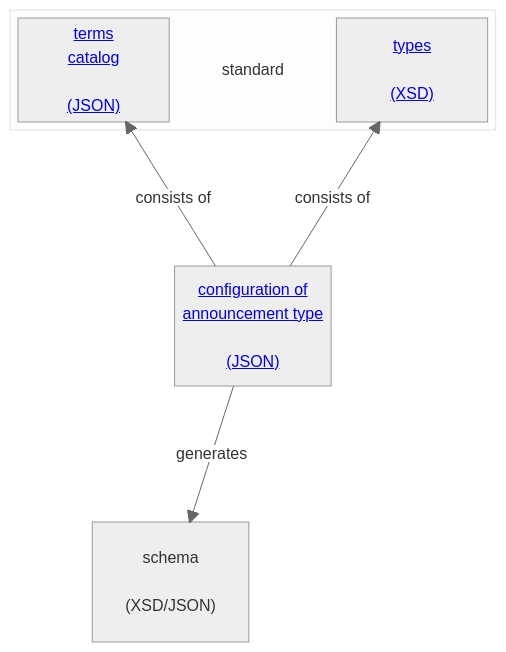
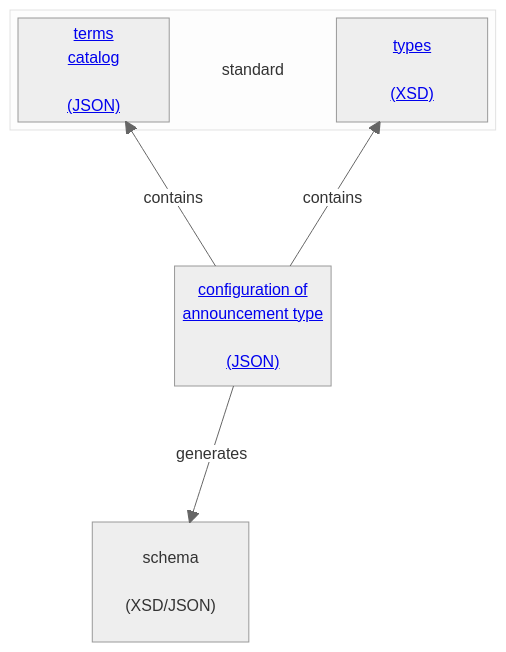
The first of 2 diagrams in README.md (officialgazette/announcement-model), drawn with Mermaid before and after one commit. The commit also changed other lines of this file, not shown here.

````diff
--- a/README.md
+++ b/README.md
@@ -3,41 +3,41 @@
 ```mermaid
 
 %%{
   init: {
     'theme': 'neutral'
   }
 }%%
 
 block-beta
 columns 3
 
 block:scope["standard"]:6
 
 terms["<a href='https://github.com/officialgazette/announcement/blob/main/catalog.json'>terms
 catalog
 
 (JSON)</a>"]:1
 space
 standard["<a href='https://github.com/officialgazette/announcement/blob/main/types.xsd'>types
 
 (XSD)</a>"]
 
 end
 space:5
 
 config["<a href='https://github.com/officialgazette/announcement/blob/main/config-BP-default.json'>configuration of
 announcement type
 
 (JSON)</a>"]:2
 
 space:4
 
 schema["schema
 
 (XSD/JSON)"]:2
 
-config --"consists of"--> standard
-config --"consists of"--> terms
+config --"contains"--> standard
+config --"contains"--> terms
 config --"generates"--> schema
 
 ```
````
